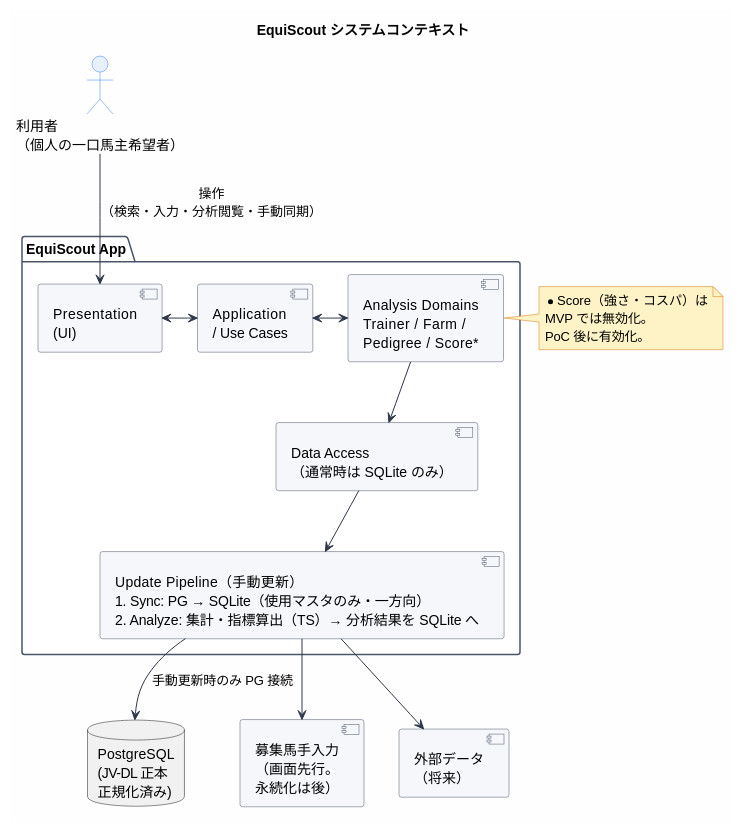
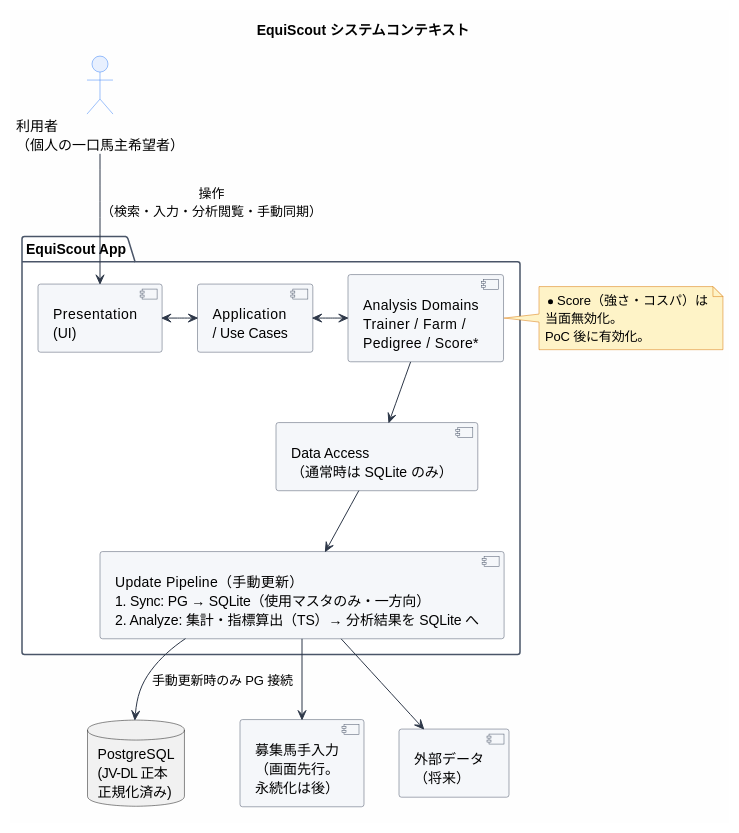
One commit to betashort/EquiScoutApp changed the first of 2 diagrams in doc/02_design/architecture.md. Above: the diagram before and after it, drawn with PlantUML. The commit also changed other lines of this file and 35 other files, not shown here.

````diff
--- a/doc/02_design/architecture.md
+++ b/doc/02_design/architecture.md
@@ -63,55 +63,55 @@
 ```plantuml
 @startuml EquiScout_system_context
 skinparam backgroundColor #FEFEFE
 skinparam component {
   BackgroundColor #F5F7FA
   BorderColor #4A5568
   ArrowColor #2D3748
 }
 skinparam package {
   BackgroundColor #FFFFFF
   BorderColor #4A5568
 }
 skinparam actor {
   BackgroundColor #E8F0FE
   BorderColor #3B82F6
 }
 skinparam note {
   BackgroundColor #FEF3C7
   BorderColor #D97706
 }
 
 title EquiScout システムコンテキスト
 
 actor "利用者\n（個人の一口馬主希望者）" as User
 
 package "EquiScout App" as App {
   component "Presentation\n(UI)" as Presentation
   component "Application\n/ Use Cases" as Application
   component "Analysis Domains\nTrainer / Farm /\nPedigree / Score*" as Analysis
   component "Data Access\n（通常時は SQLite のみ）" as DataAccess
   component "Update Pipeline（手動更新）\n1. Sync: PG → SQLite（使用マスタのみ・一方向）\n2. Analyze: 集計・指標算出（TS）→ 分析結果を SQLite へ" as Pipeline
 
   Presentation <-> Application
   Application <-> Analysis
   Analysis --> DataAccess
   DataAccess --> Pipeline
 }
 
 database "PostgreSQL\n(JV-DL 正本\n正規化済み)" as PG
 component "募集馬手入力\n（画面先行。\n永続化は後）" as ManualInput
 component "外部データ\n（将来）" as ExternalData
 
 User --> Presentation : 操作\n（検索・入力・分析閲覧・手動同期）
 Pipeline --> PG : 手動更新時のみ PG 接続
 Pipeline --> ManualInput
 Pipeline --> ExternalData
 
 note right of Analysis
   * Score（強さ・コスパ）は
-  MVP では無効化。
+  当面無効化。
   PoC 後に有効化。
 end note
 
 @enduml
 ```
````
